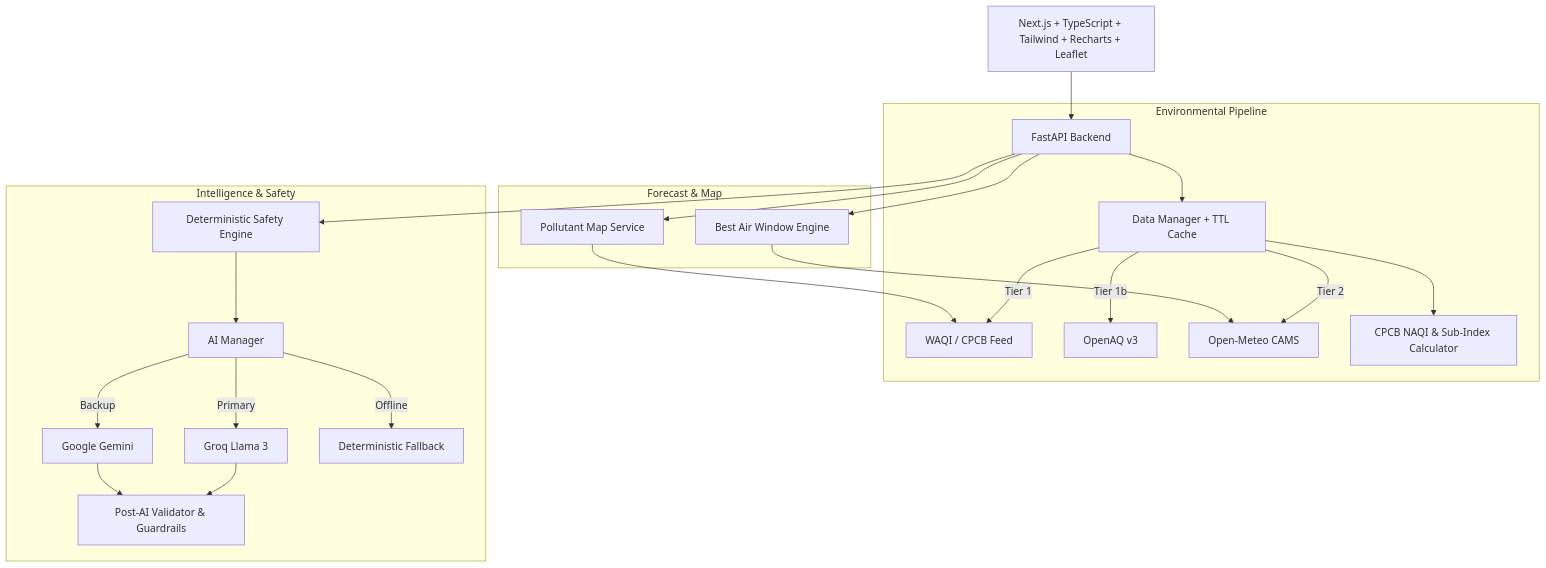
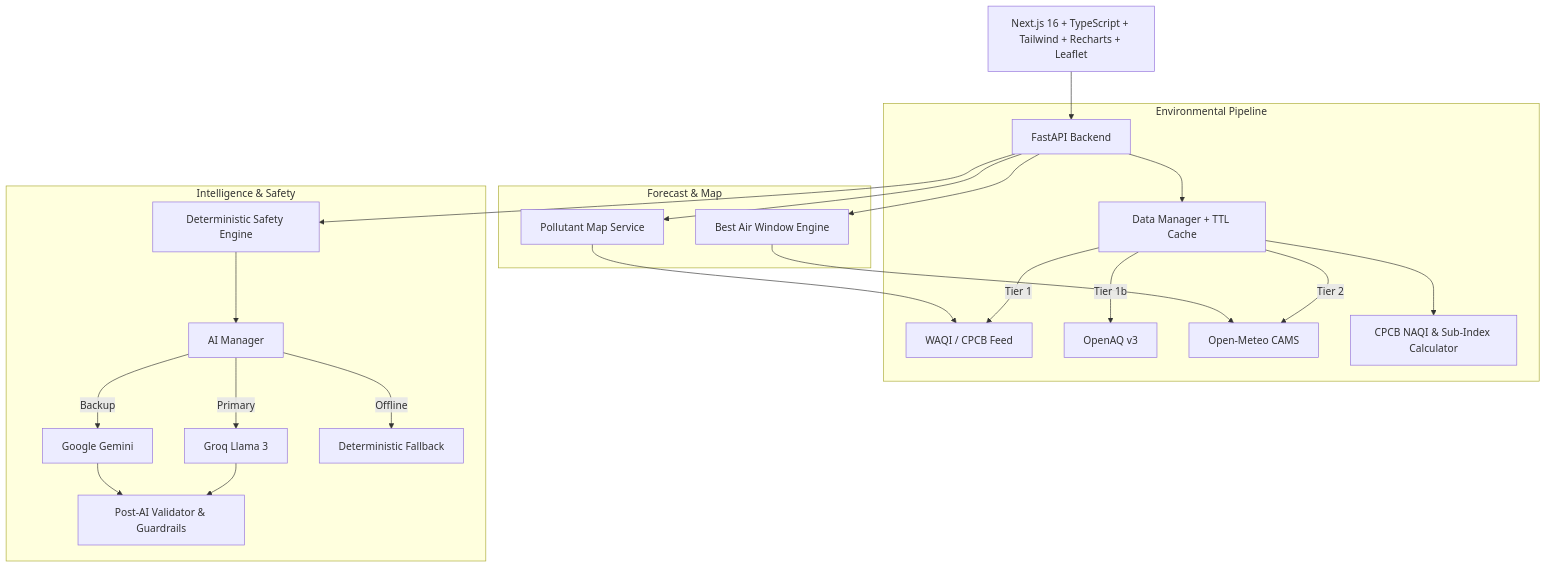
The diagram in README.md (harshad1234u/BreatheWise_AI), drawn with Mermaid before and after one commit. The commit also changed other lines of this file and 14 other files, not shown here.

````diff
--- a/README.md
+++ b/README.md
@@ -37,29 +44,29 @@
 ```mermaid
 flowchart TD
-    UI[Next.js + TypeScript + Tailwind + Recharts + Leaflet] --> API[FastAPI Backend]
-    
+    UI[Next.js 16 + TypeScript + Tailwind + Recharts + Leaflet] --> API[FastAPI Backend]
+
     subgraph Environmental Pipeline
         API --> DM[Data Manager + TTL Cache]
         DM -->|Tier 1| WAQI[WAQI / CPCB Feed]
         DM -->|Tier 1b| OAQ[OpenAQ v3]
         DM -->|Tier 2| CAMS[Open-Meteo CAMS]
         DM --> CPCB[CPCB NAQI & Sub-Index Calculator]
     end
 
     subgraph Forecast & Map
         API --> AW[Best Air Window Engine]
         AW --> CAMS
         API --> MAP[Pollutant Map Service]
         MAP --> WAQI
     end
 
     subgraph Intelligence & Safety
         API --> SE[Deterministic Safety Engine]
         SE --> AI[AI Manager]
         AI -->|Primary| GROQ[Groq Llama 3]
         AI -->|Backup| GEM[Google Gemini]
         AI -->|Offline| DET[Deterministic Fallback]
         GROQ --> VAL[Post-AI Validator & Guardrails]
         GEM --> VAL
     end
 ```
````
